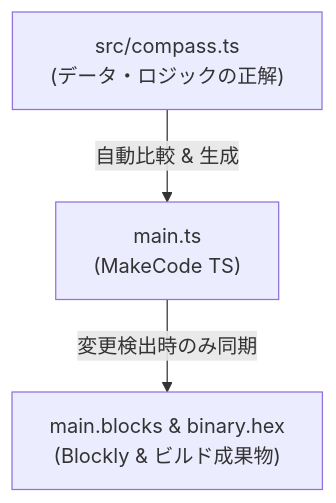
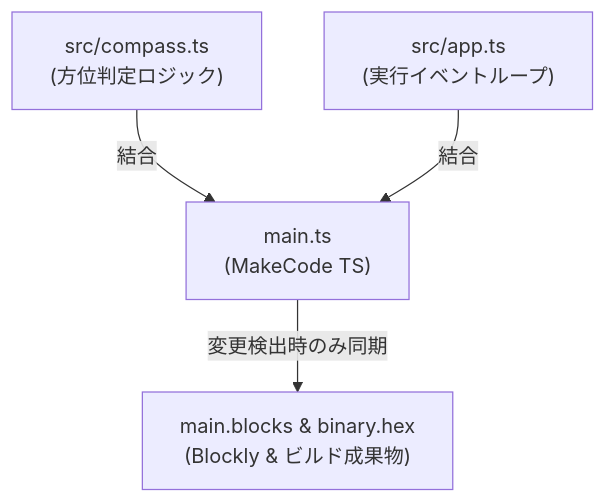
One commit to katoy/study-microbit-pxt changed the diagram in mine/compass-array/README.md. Above: the diagram before and after it, drawn with Mermaid. The commit also changed other lines of this file and 15 other files, not shown here.

````diff
--- a/mine/compass-array/README.md
+++ b/mine/compass-array/README.md
@@ -151,5 +152,6 @@
 ```mermaid
 graph TD
-    A["src/compass.ts<br>(データ・ロジックの正解)"] -->|自動比較 & 生成| B["main.ts<br>(MakeCode TS)"]
-    B -->|変更検出時のみ同期| C["main.blocks & binary.hex<br>(Blockly & ビルド成果物)"]
+    A["src/compass.ts<br>(方位判定ロジック)"] -->|結合| C["main.ts<br>(MakeCode TS)"]
+    B["src/app.ts<br>(実行イベントループ)"] -->|結合| C
+    C -->|変更検出時のみ同期| D["main.blocks & binary.hex<br>(Blockly & ビルド成果物)"]
 ```
````
